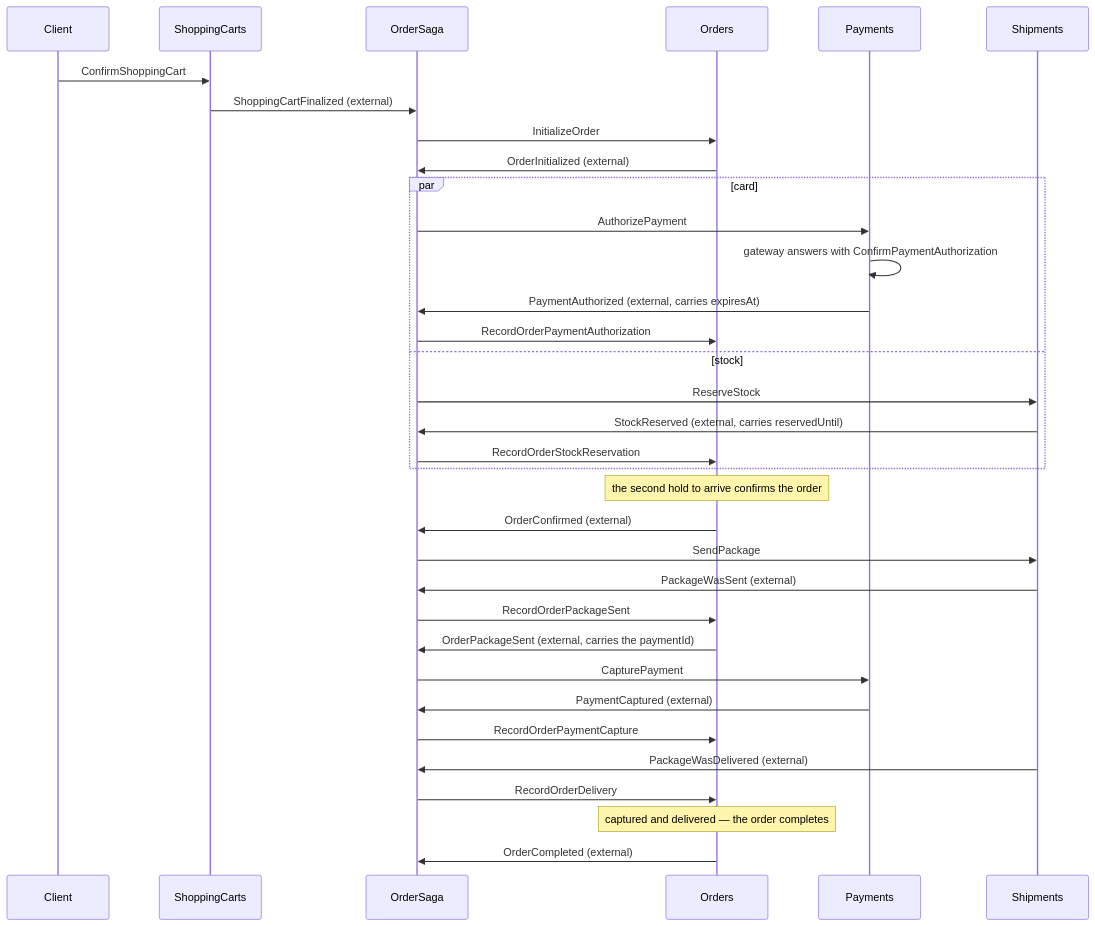
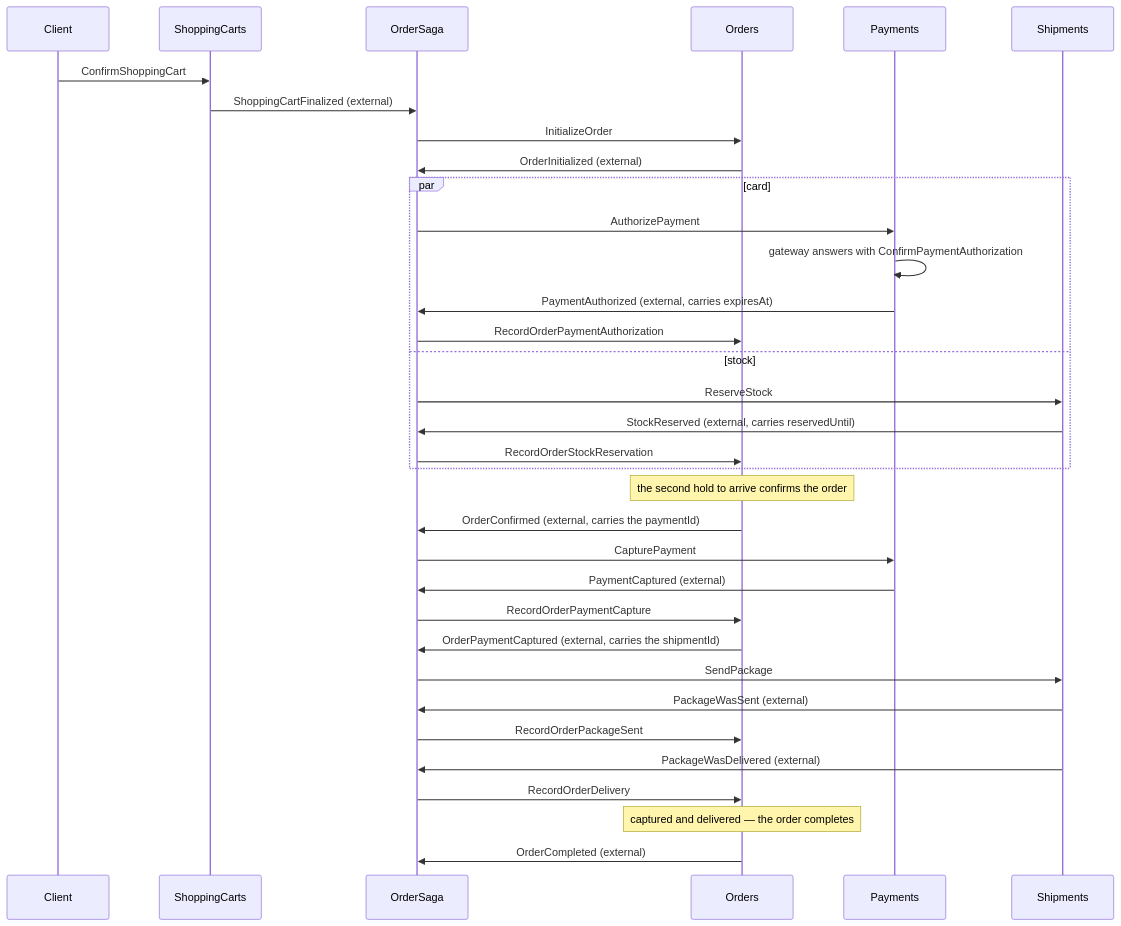
Before and after one commit to oskardudycz/EventSourcing.JVM: the third of 4 diagrams in samples/distributed-processes/README.md, drawn with Mermaid. The commit also changed other lines of this file and 14 other files, not shown here.

Commit message:
SOme more refactoring on the shipment and payment coordination

````diff
--- a/samples/distributed-processes/README.md
+++ b/samples/distributed-processes/README.md
@@ -274,41 +274,41 @@
 ```mermaid
 sequenceDiagram
     participant Client
     participant Cart as ShoppingCarts
     participant Saga as OrderSaga
     participant Order as Orders
     participant Pay as Payments
     participant Ship as Shipments
 
     Client->>Cart: ConfirmShoppingCart
     Cart->>Saga: ShoppingCartFinalized (external)
     Saga->>Order: InitializeOrder
     Order->>Saga: OrderInitialized (external)
 
     par card
         Saga->>Pay: AuthorizePayment
         Pay->>Pay: gateway answers with ConfirmPaymentAuthorization
         Pay->>Saga: PaymentAuthorized (external, carries expiresAt)
         Saga->>Order: RecordOrderPaymentAuthorization
     and stock
         Saga->>Ship: ReserveStock
         Ship->>Saga: StockReserved (external, carries reservedUntil)
         Saga->>Order: RecordOrderStockReservation
     end
 
     Note over Order: the second hold to arrive confirms the order
-    Order->>Saga: OrderConfirmed (external)
+    Order->>Saga: OrderConfirmed (external, carries the paymentId)
 
+    Saga->>Pay: CapturePayment
+    Pay->>Saga: PaymentCaptured (external)
+    Saga->>Order: RecordOrderPaymentCapture
+    Order->>Saga: OrderPaymentCaptured (external, carries the shipmentId)
     Saga->>Ship: SendPackage
     Ship->>Saga: PackageWasSent (external)
     Saga->>Order: RecordOrderPackageSent
-    Order->>Saga: OrderPackageSent (external, carries the paymentId)
-    Saga->>Pay: CapturePayment
-    Pay->>Saga: PaymentCaptured (external)
-    Saga->>Order: RecordOrderPaymentCapture
     Ship->>Saga: PackageWasDelivered (external)
     Saga->>Order: RecordOrderDelivery
 
     Note over Order: captured and delivered — the order completes
     Order->>Saga: OrderCompleted (external)
 ```
````
